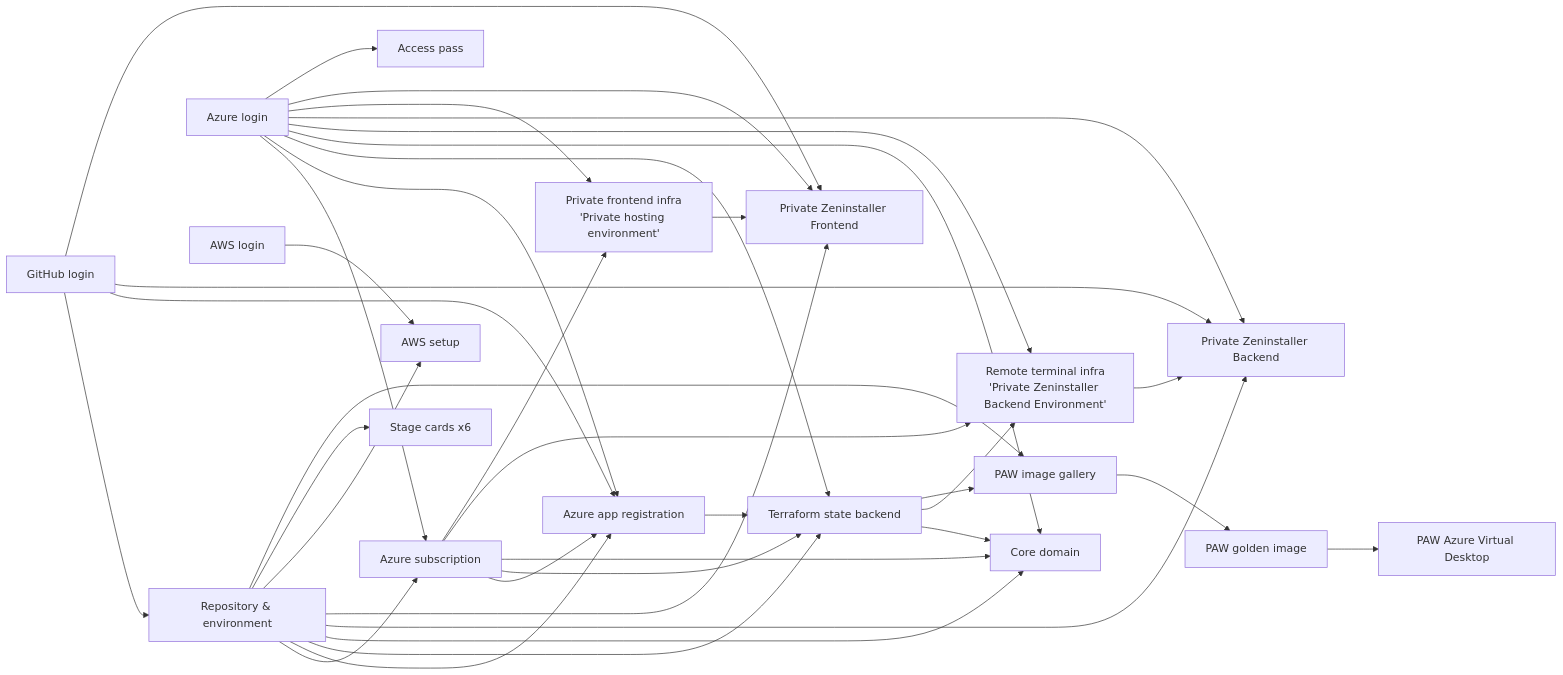
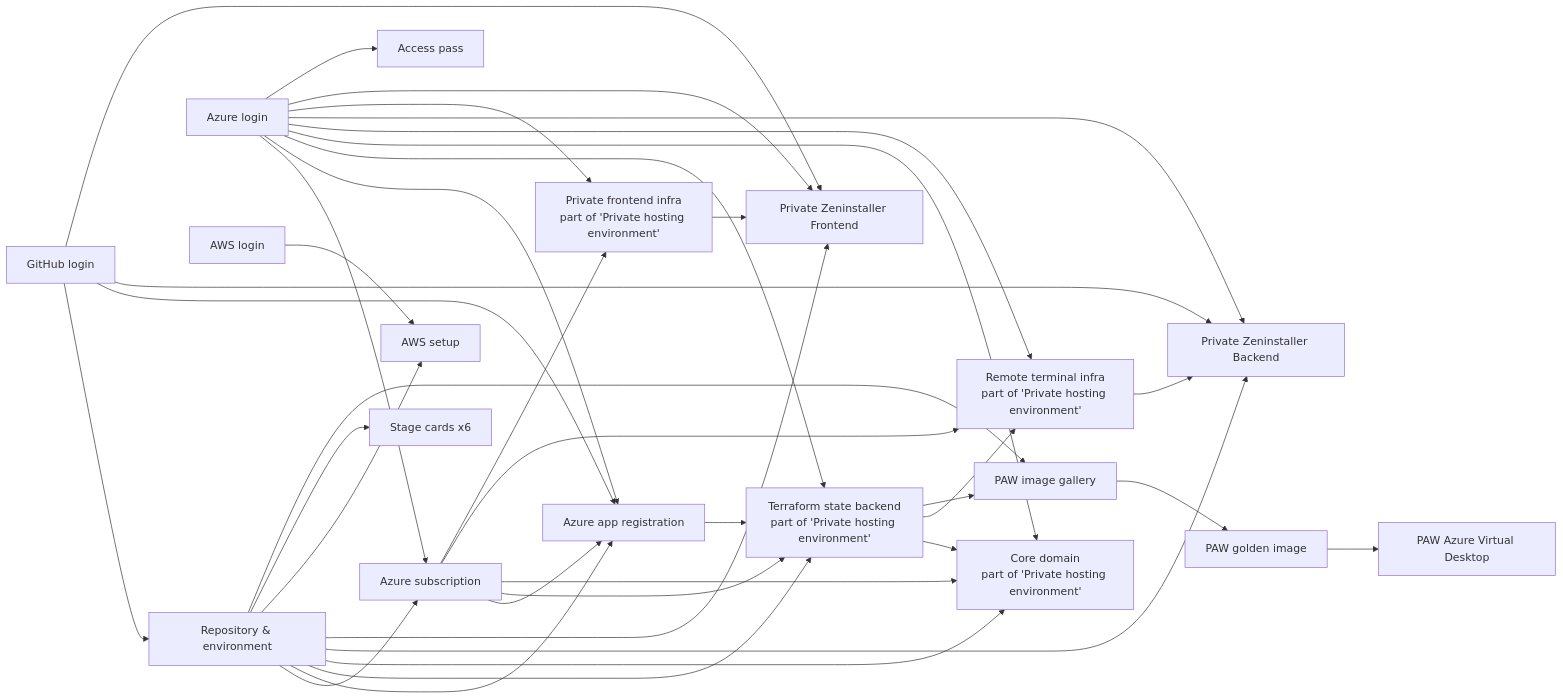
Before and after one commit to ZenMe-AU/ZenbloxCore: the fifth of 9 diagrams in zeninstallerPvt/ui/UI_UX.md, drawn with Mermaid. The commit also changed other lines of this file and 58 other files, not shown here.

Commit message:
refactor: merge CreateDomain, PrivateFrontend, and RemoteTerminal cards into CoreInfra

````diff
--- a/zeninstallerPvt/ui/UI_UX.md
+++ b/zeninstallerPvt/ui/UI_UX.md
@@ -161,58 +161,58 @@
 ```mermaid
 flowchart LR
   gh[GitHub login]
   repo[Repository & environment]
   az[Azure login]
   sub[Azure subscription]
   app[Azure app registration]
-  core[Terraform state backend]
-  dom[Core domain]
-  rt[Remote terminal infra<br/>'Private Zeninstaller Backend Environment']
+  core[Terraform state backend<br/>part of 'Private hosting environment']
+  dom[Core domain<br/>part of 'Private hosting environment']
+  rt[Remote terminal infra<br/>part of 'Private hosting environment']
   be[Private Zeninstaller Backend]
-  fe[Private frontend infra<br/>'Private hosting environment']
+  fe[Private frontend infra<br/>part of 'Private hosting environment']
   web[Private Zeninstaller Frontend]
   aws[AWS login]
   awss[AWS setup]
   stages[Stage cards x6]
   gallery[PAW image gallery]
   image[PAW golden image]
   paw[PAW Azure Virtual Desktop]
   ap[Access pass]
 
   gh --> repo
   repo --> sub
   az --> sub
   gh --> app
   az --> app
   repo --> app
   sub --> app
   az --> core
   repo --> core
   sub --> core
   app --> core
   az --> dom
   repo --> dom
   sub --> dom
   core --> dom
   az --> rt
   sub --> rt
   core --> rt
   gh --> be
   repo --> be
   az --> be
   rt --> be
   az --> fe
   sub --> fe
   gh --> web
   repo --> web
   az --> web
   fe --> web
   aws --> awss
   repo --> awss
   repo --> stages
   repo --> gallery
   core --> gallery
   gallery --> image
   image --> paw
   az --> ap
 ```
````
